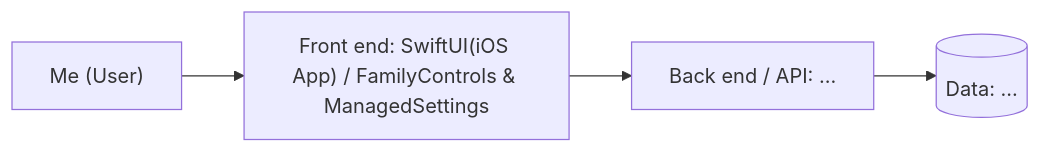
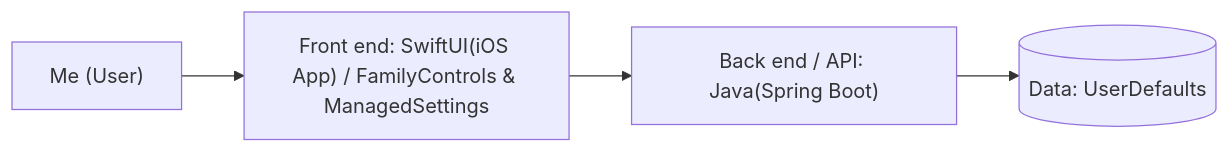
One commit to amontilla101/my-product changed the diagram in README.md. Above: the diagram before and after it, drawn with Mermaid.

Commit message:
Update architecture diagram in README

````diff
--- a/README.md
+++ b/README.md
@@ -115,6 +115,6 @@
 ```mermaid
 flowchart LR
   U["Me (User)"] --> FE["Front end: SwiftUI(iOS App) / FamilyControls & ManagedSettings"]
-  FE --> API["Back end / API: ..."]
-  API --> DB[("Data: ...")]
+  FE --> API["Back end / API: Java(Spring Boot)"]
+  API --> DB[("Data: UserDefaults")]
 ```
````
